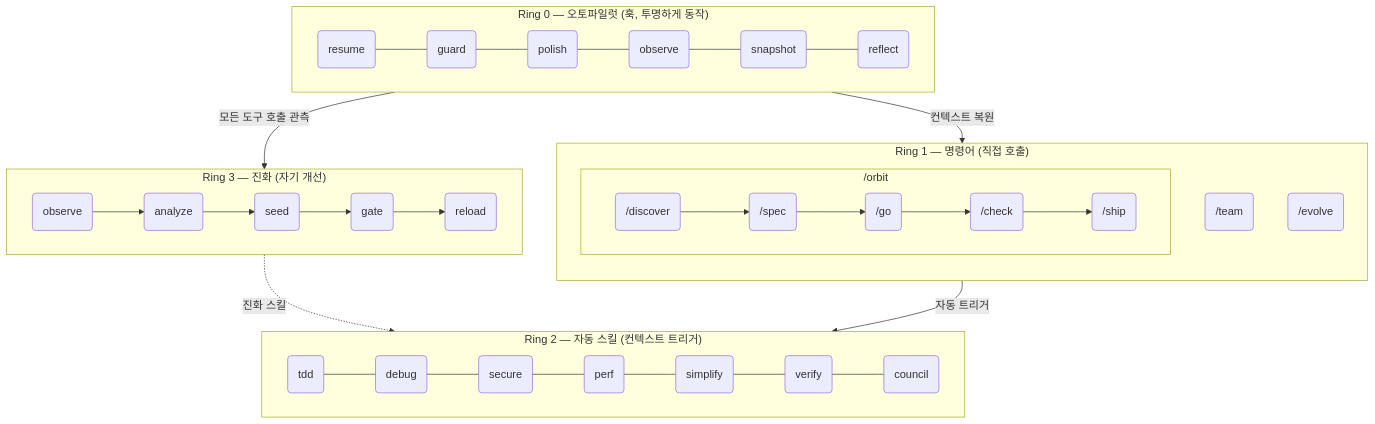
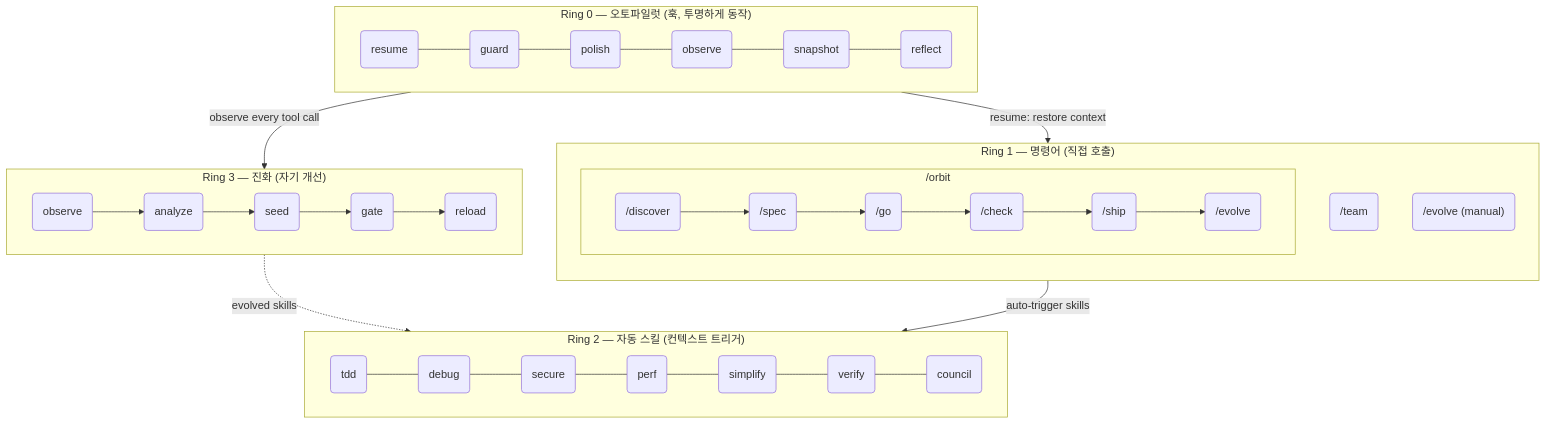
One commit to epicsagas/epic-harness changed the second of 2 diagrams in i18n/ko/README.md. Above: the diagram before and after it, drawn with Mermaid. The commit also changed other lines of this file and 9 other files, not shown here.

````diff
--- a/i18n/ko/README.md
+++ b/i18n/ko/README.md
@@ -430,32 +401,32 @@
 ```mermaid
 flowchart TB
     subgraph R0["Ring 0 — 오토파일럿 (훅, 투명하게 동작)"]
         direction LR
         h1(resume) --- h2(guard) --- h3(polish) --- h4(observe) --- h5(snapshot) --- h6(reflect)
     end
 
     subgraph R1["Ring 1 — 명령어 (직접 호출)"]
         direction TB
         subgraph orbit_wrap["  /orbit  "]
             direction LR
-            c1("/discover") --> c2("/spec") --> c3("/go") --> c4("/check") --> c5("/ship")
+            c1("/discover") --> c2("/spec") --> c3("/go") --> c4("/check") --> c5("/ship") --> c6("/evolve")
         end
-        c6("/team")
-        c7("/evolve")
+        c7("/team")
+        c8("/evolve (manual)")
     end
 
     subgraph R2["Ring 2 — 자동 스킬 (컨텍스트 트리거)"]
         direction LR
         s1(tdd) --- s2(debug) --- s3(secure) --- s4(perf) --- s5(simplify) --- s6(verify) --- s7(council)
     end
 
     subgraph R3["Ring 3 — 진화 (자기 개선)"]
         direction LR
         e1(observe) --> e2(analyze) --> e3(seed) --> e4(gate) --> e5(reload)
     end
 
-    R0 -->|"모든 도구 호출 관측"| R3
-    R3 -.->|"진화 스킬"| R2
-    R1 -->|"자동 트리거"| R2
-    R0 -->|"컨텍스트 복원"| R1
+    R0 -->|"observe every tool call"| R3
+    R3 -.->|"evolved skills"| R2
+    R1 -->|"auto-trigger skills"| R2
+    R0 -->|"resume: restore context"| R1
 ```
````
